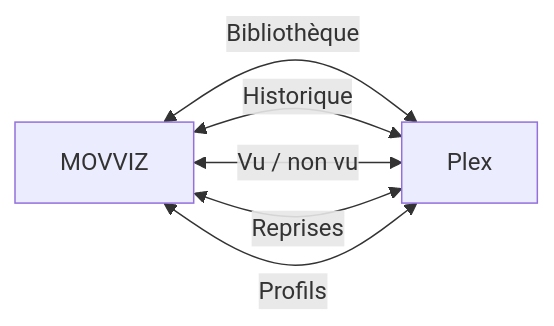
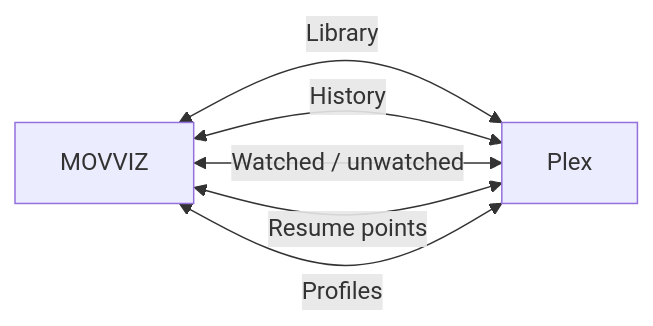
Before and after one commit to dj41ph4/movviz: the second of 3 diagrams in README.md, drawn with Mermaid. The commit also changed other lines of this file, not shown here.

````diff
--- a/README.md
+++ b/README.md
@@ -340,8 +344,8 @@
 ```mermaid
 flowchart LR
-    M[MOVVIZ] <-->|Bibliothèque| P[Plex]
-    M <-->|Historique| P
-    M <-->|Vu / non vu| P
-    M <-->|Reprises| P
-    M <-->|Profils| P
+    M[MOVVIZ] <-->|Library| P[Plex]
+    M <-->|History| P
+    M <-->|Watched / unwatched| P
+    M <-->|Resume points| P
+    M <-->|Profiles| P
 ```
````
